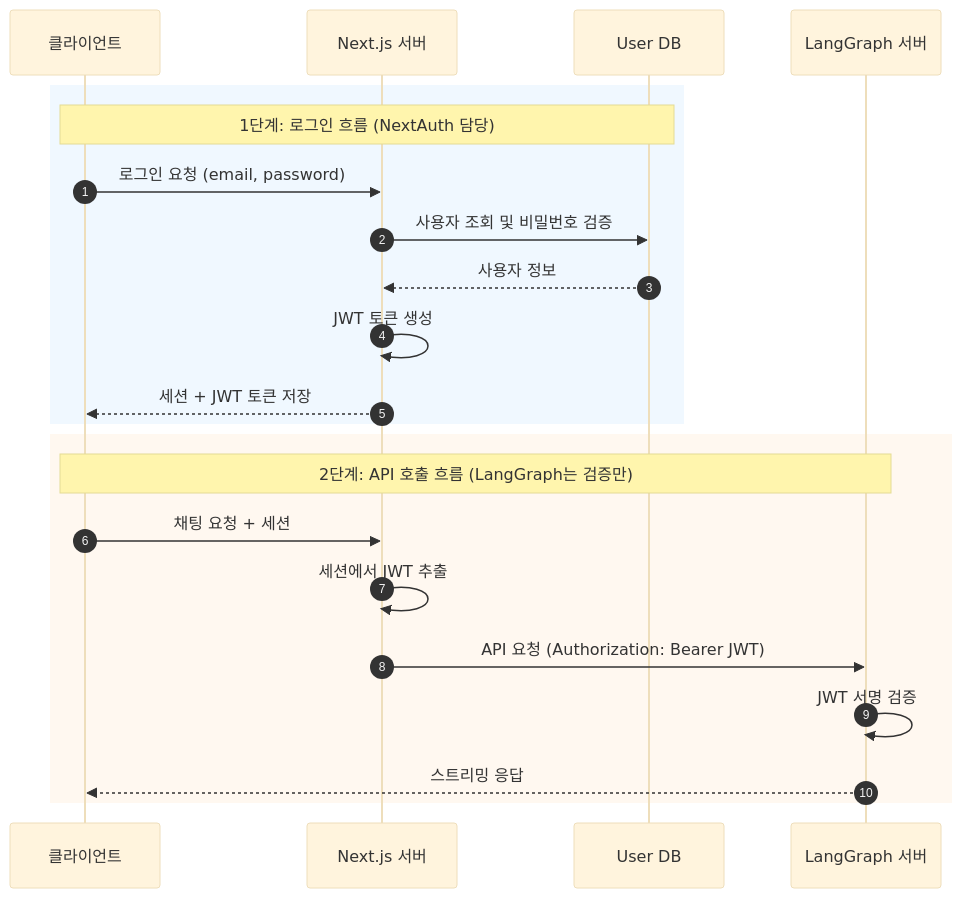
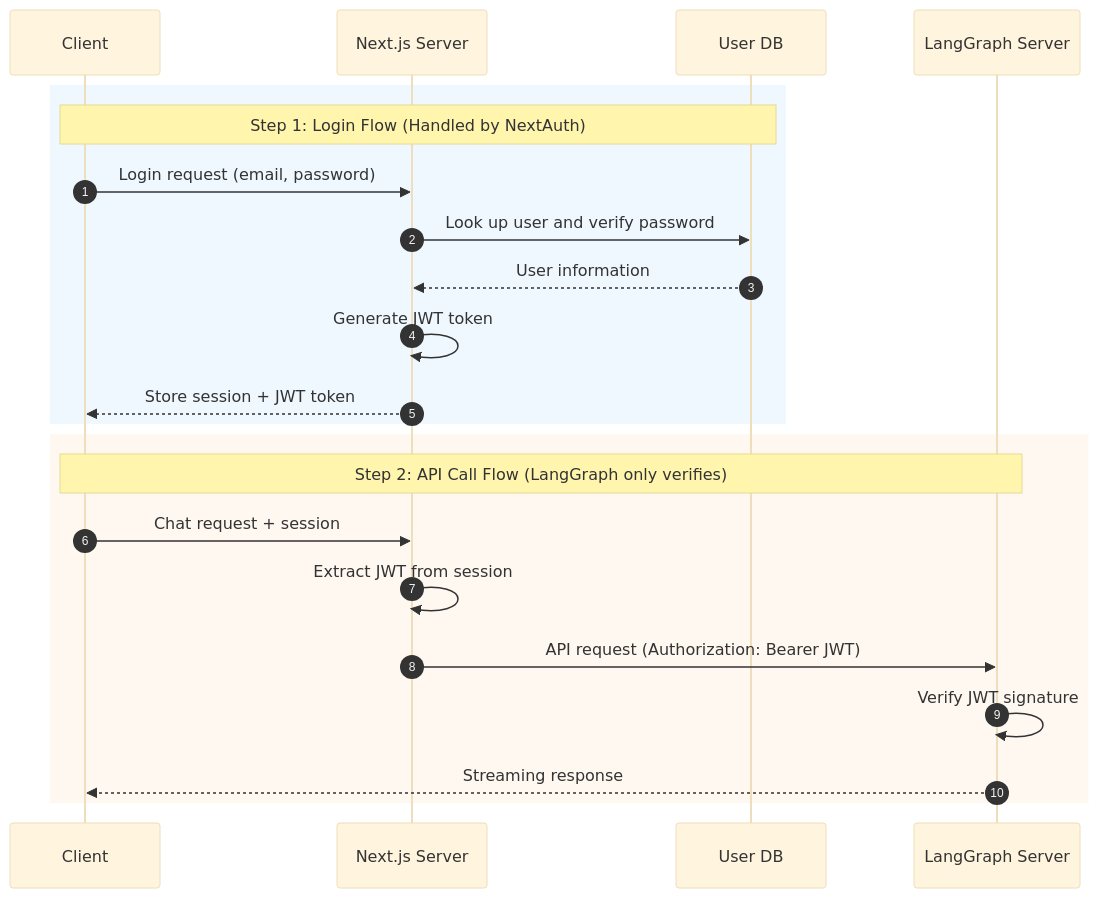
The diagram in docs/02-NEXTAUTH-CREDENTIALS.md (braincrew-lab/langgraph-chat-ui), drawn with Mermaid (base theme) before and after one commit. The commit also changed other lines of this file and 24 other files, not shown here.

````diff
--- a/docs/02-NEXTAUTH-CREDENTIALS.md
+++ b/docs/02-NEXTAUTH-CREDENTIALS.md
@@ -16,26 +16,26 @@
 ```mermaid
 sequenceDiagram
     autonumber
-    participant Client as 클라이언트
-    participant NextJS as Next.js 서버
+    participant Client as Client
+    participant NextJS as Next.js Server
     participant UserDB as User DB
-    participant LangGraph as LangGraph 서버
+    participant LangGraph as LangGraph Server
 
     rect rgb(240, 248, 255)
-        Note over Client,UserDB: 1단계: 로그인 흐름 (NextAuth 담당)
-        Client->>NextJS: 로그인 요청 (email, password)
-        NextJS->>UserDB: 사용자 조회 및 비밀번호 검증
-        UserDB-->>NextJS: 사용자 정보
-        NextJS->>NextJS: JWT 토큰 생성
-        NextJS-->>Client: 세션 + JWT 토큰 저장
+        Note over Client,UserDB: Step 1: Login Flow (Handled by NextAuth)
+        Client->>NextJS: Login request (email, password)
+        NextJS->>UserDB: Look up user and verify password
+        UserDB-->>NextJS: User information
+        NextJS->>NextJS: Generate JWT token
+        NextJS-->>Client: Store session + JWT token
     end
 
     rect rgb(255, 248, 240)
-        Note over Client,LangGraph: 2단계: API 호출 흐름 (LangGraph는 검증만)
-        Client->>NextJS: 채팅 요청 + 세션
-        NextJS->>NextJS: 세션에서 JWT 추출
-        NextJS->>LangGraph: API 요청 (Authorization: Bearer JWT)
-        LangGraph->>LangGraph: JWT 서명 검증
-        LangGraph-->>Client: 스트리밍 응답
+        Note over Client,LangGraph: Step 2: API Call Flow (LangGraph only verifies)
+        Client->>NextJS: Chat request + session
+        NextJS->>NextJS: Extract JWT from session
+        NextJS->>LangGraph: API request (Authorization: Bearer JWT)
+        LangGraph->>LangGraph: Verify JWT signature
+        LangGraph-->>Client: Streaming response
     end
 ```
````
